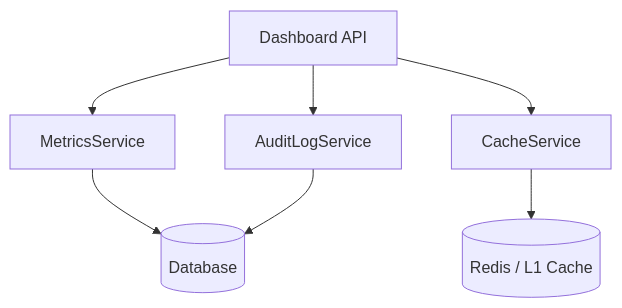
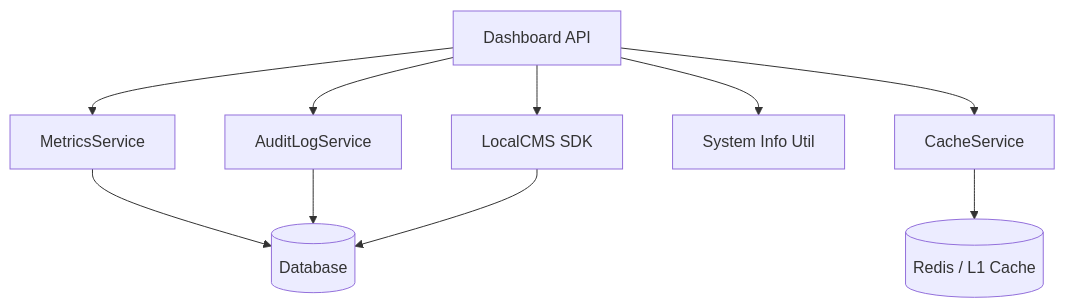
Before and after one commit to SveltyCMS/SveltyCMS: the diagram in docs/api/dashboard.mdx, drawn with Mermaid. The commit also changed other lines of this file and 91 other files, not shown here.

````diff
--- a/docs/api/dashboard.mdx
+++ b/docs/api/dashboard.mdx
@@ -78,9 +208,12 @@
 ```mermaid
 graph TD
     A[Dashboard API] --> B[MetricsService]
     A --> C[AuditLogService]
     A --> D[CacheService]
-    B --> E[(Database)]
-    C --> E
-    D --> F[(Redis / L1 Cache)]
+    A --> E[System Info Util]
+    A --> F[LocalCMS SDK]
+    B --> G[(Database)]
+    C --> G
+    F --> G
+    D --> H[(Redis / L1 Cache)]
 ```
````
